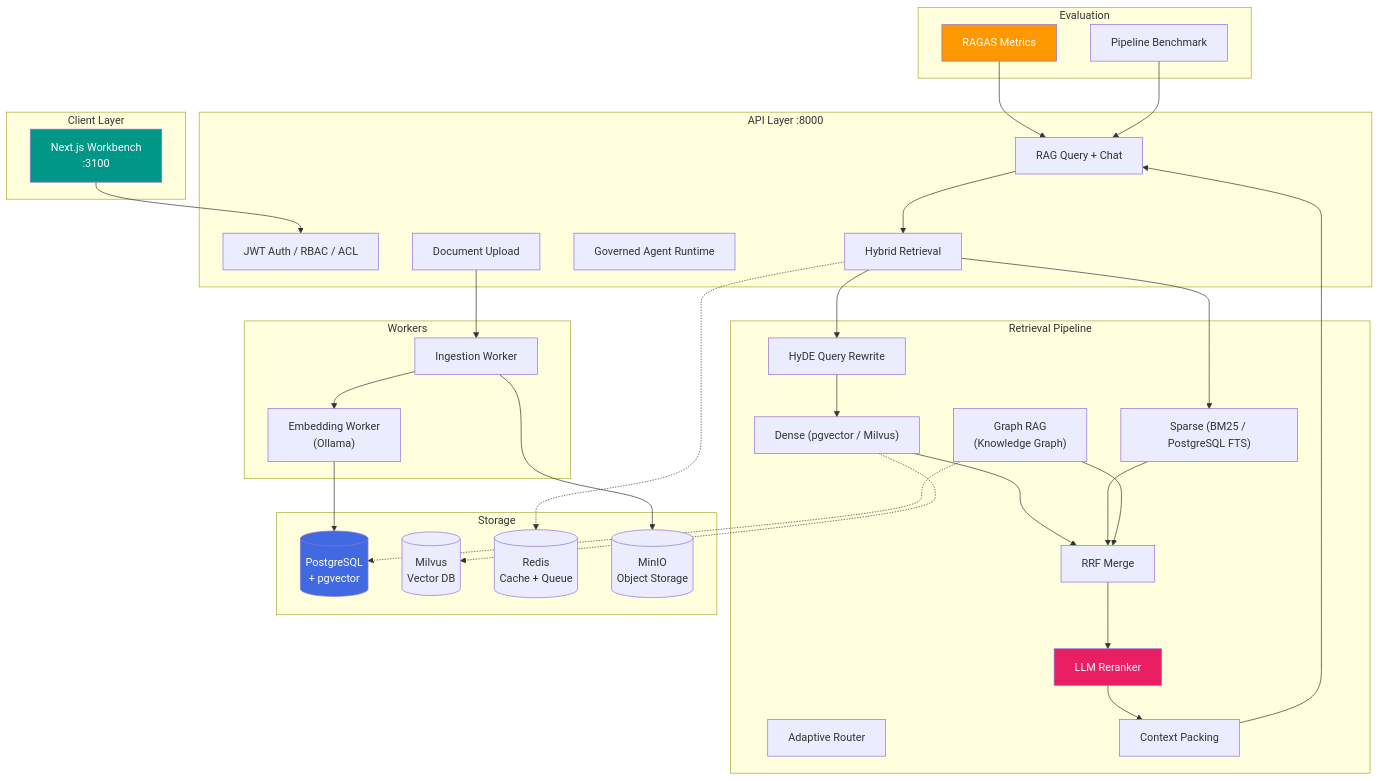
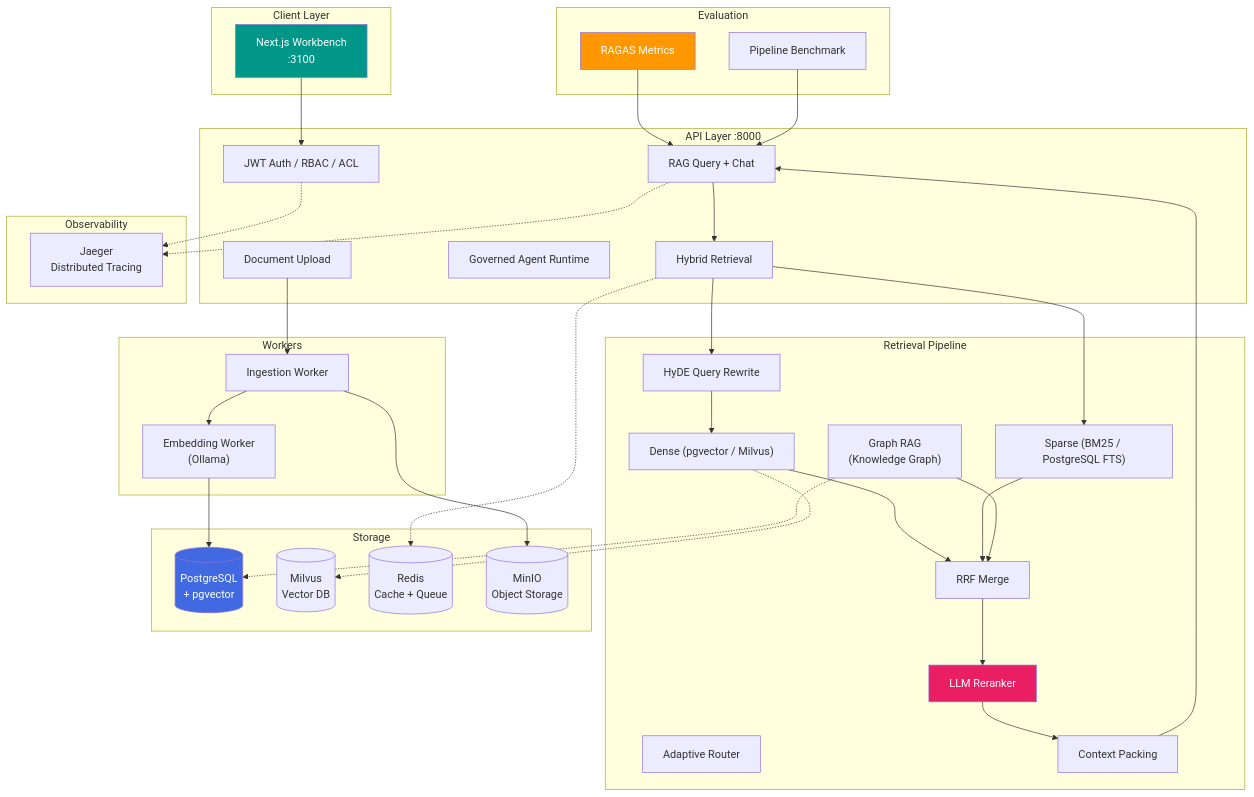
Before and after one commit to chyinan/AegisRAG: the first of 2 diagrams in README.md, drawn with Mermaid. The commit also changed other lines of this file, not shown here.

Commit message:
docs: update README — correct test count (1,266), add Helm deployment & Jaeger tracing

````diff
--- a/README.md
+++ b/README.md
@@ -45,65 +47,71 @@
 ```mermaid
 graph TB
     subgraph "Client Layer"
         Web["Next.js Workbench<br/>:3100"]
     end
 
     subgraph "API Layer :8000"
         Auth["JWT Auth / RBAC / ACL"]
         Upload["Document Upload"]
         Query["RAG Query + Chat"]
         Agent["Governed Agent Runtime"]
         Retrieve["Hybrid Retrieval"]
     end
 
     subgraph "Retrieval Pipeline"
         Rewrite["HyDE Query Rewrite"]
         Route["Adaptive Router"]
         Dense["Dense (pgvector / Milvus)"]
         Sparse["Sparse (BM25 / PostgreSQL FTS)"]
         Graph["Graph RAG<br/>(Knowledge Graph)"]
         RRF["RRF Merge"]
         Rerank["LLM Reranker"]
         Pack["Context Packing"]
     end
 
     subgraph "Storage"
         PG[("PostgreSQL<br/>+ pgvector")]
         Milvus[("Milvus<br/>Vector DB")]
         Redis[("Redis<br/>Cache + Queue")]
         MinIO[("MinIO<br/>Object Storage")]
     end
 
     subgraph "Workers"
         Ingestion["Ingestion Worker"]
         Embedding["Embedding Worker<br/>(Ollama)"]
     end
 
     subgraph "Evaluation"
         RAGAS["RAGAS Metrics"]
         Benchmark["Pipeline Benchmark"]
     end
 
+    subgraph "Observability"
+        Jaeger["Jaeger<br/>Distributed Tracing"]
+    end
+
     Web --> Auth
     Upload --> Ingestion
     Ingestion --> MinIO
     Ingestion --> Embedding
     Embedding --> PG
     Query --> Retrieve
     Retrieve --> Rewrite --> Dense
     Retrieve --> Sparse
     Dense --> RRF
     Sparse --> RRF
     Graph --> RRF
     RRF --> Rerank --> Pack --> Query
     Retrieve -.-> Redis
     Dense -.-> Milvus
     Graph -.-> PG
     RAGAS --> Query
     Benchmark --> Query
+    Auth -.-> Jaeger
+    Query -.-> Jaeger
 
     style Web fill:#009688,color:#fff
     style Rerank fill:#e91e63,color:#fff
     style RAGAS fill:#ff9800,color:#fff
     style PG fill:#4169E1,color:#fff
 ```
````
